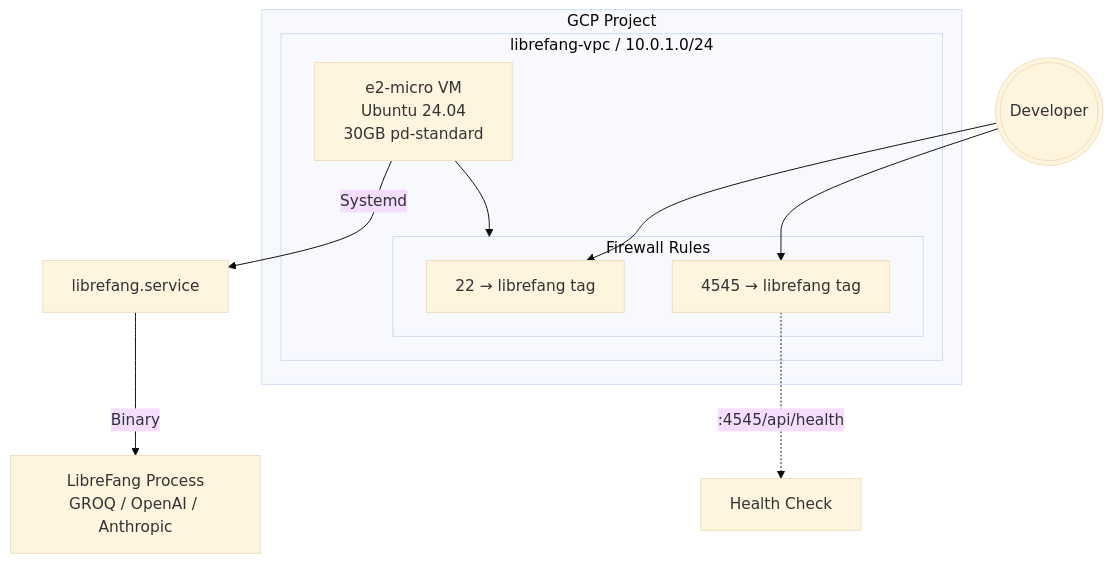
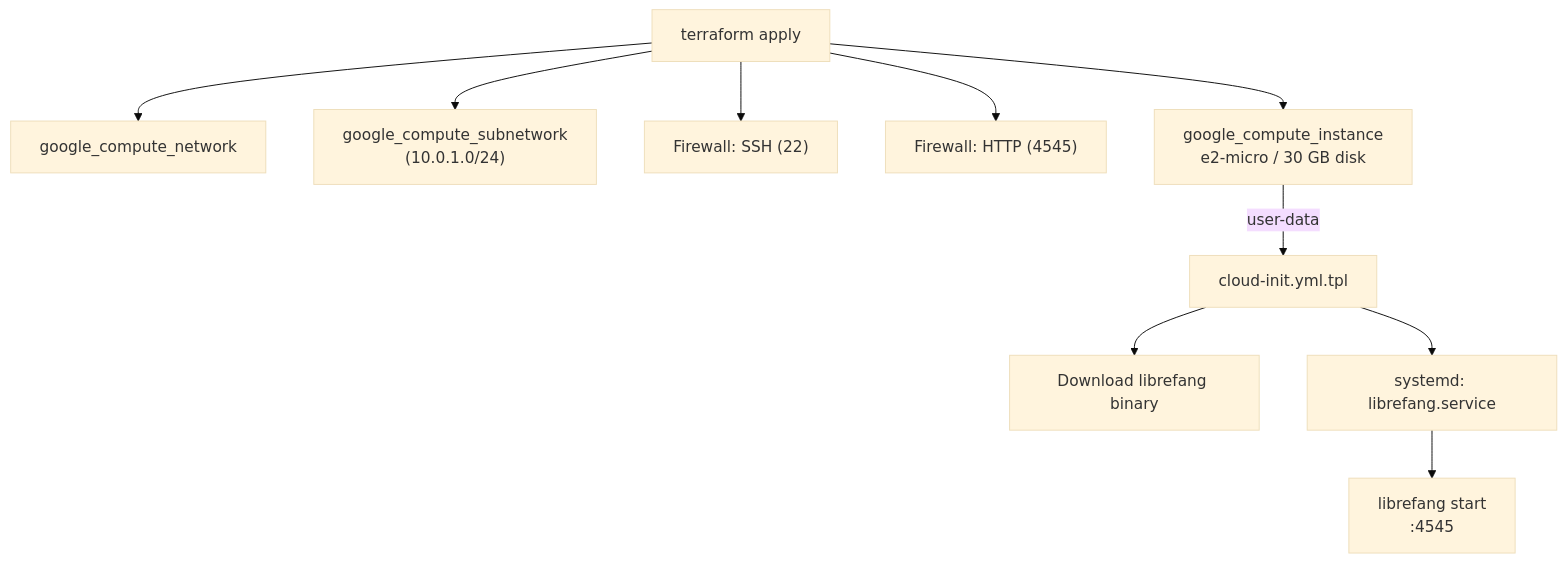
One commit to leszek3737/librefang-WIki changed the diagram in deployment-gcp.md. Above: the diagram before and after it, drawn with Mermaid (base theme). The commit also changed other lines of this file and 56 other files, not shown here.

````diff
--- a/deployment-gcp.md
+++ b/deployment-gcp.md
@@ -21,23 +9,13 @@
 ```mermaid
-graph TB
-    subgraph GCP["GCP Project"]
-        subgraph Network["librefang-vpc / 10.0.1.0/24"]
-            subgraph Firewall["Firewall Rules"]
-                SSH["22 → librefang tag"]
-                HTTP["4545 → librefang tag"]
-            end
-            
-            VM["e2-micro VM<br/>Ubuntu 24.04<br/>30GB pd-standard"]
-            
-            VM --> Firewall
-        end
-    end
-    
-    User((("Developer"))) --> SSH
-    User --> HTTP
-    
-    HTTP -.->|":4545/api/health"| Health["Health Check"]
-    
-    VM -->|Systemd| Service["librefang.service"]
-    Service -->|Binary| LibreFang["LibreFang Process<br/>GROQ / OpenAI / Anthropic"]
+graph TD
+    TF["terraform apply"]
+    TF --> VPC["google_compute_network"]
+    TF --> SUB["google_compute_subnetwork<br/>(10.0.1.0/24)"]
+    TF --> FW_SSH["Firewall: SSH (22)"]
+    TF --> FW_HTTP["Firewall: HTTP (4545)"]
+    TF --> VM["google_compute_instance<br/>e2-micro / 30 GB disk"]
+    VM -->|user-data| CI["cloud-init.yml.tpl"]
+    CI --> DL["Download librefang binary"]
+    CI --> SVC["systemd: librefang.service"]
+    SVC --> APP["librefang start<br/>:4545"]
 ```
````
